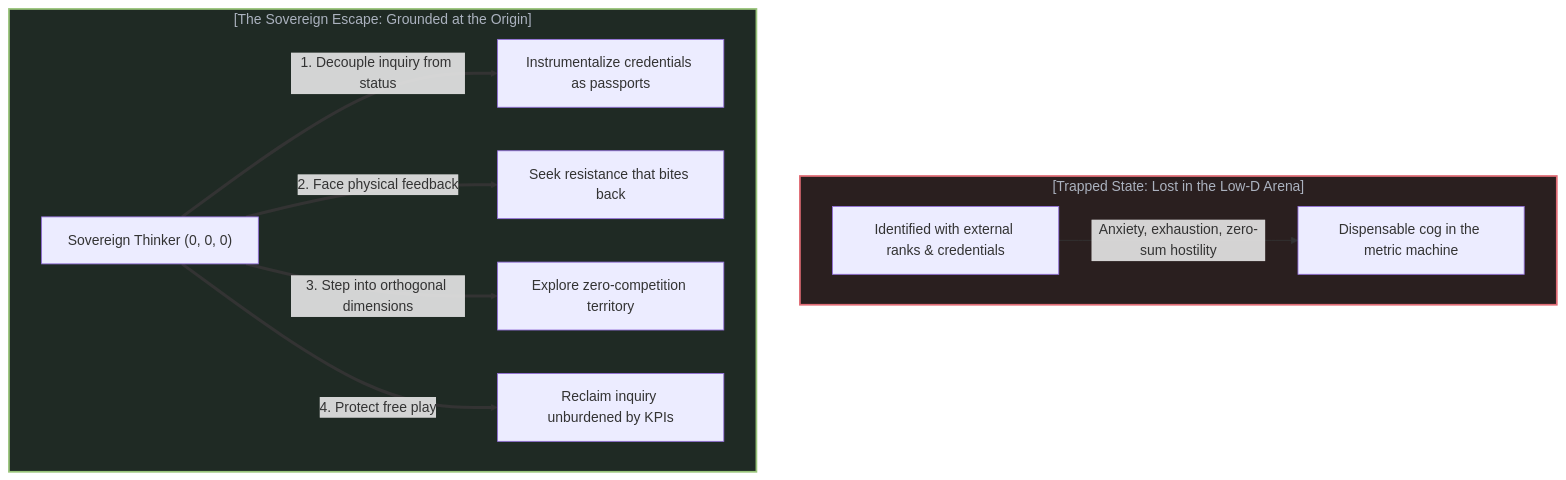
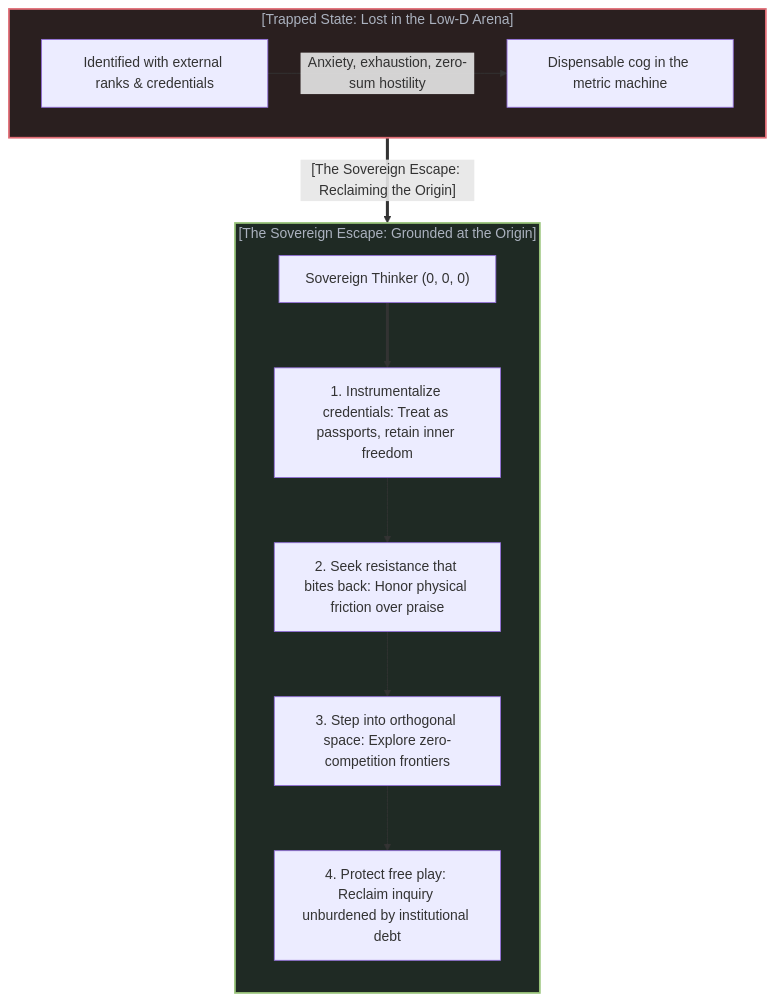
One commit to powerpig99/not-a-toe changed the tenth of 10 diagrams in content/posts/the-reversal-of-education-and-science.md. Above: the diagram before and after it, drawn with Mermaid. The commit also changed other lines of this file, not shown here.

Commit message:
Optimize diagram orientation and aspect ratios for Section 3 and Section 5 in Post 304

````diff
--- a/content/posts/the-reversal-of-education-and-science.md
+++ b/content/posts/the-reversal-of-education-and-science.md
@@ -430,18 +449,27 @@
 ```mermaid
 graph TD
     subgraph Trap["[Trapped State: Lost in the Low-D Arena]"]
         TrapMind["Identified with external ranks & credentials"]
         TrapMind -->|"Anxiety, exhaustion, zero-sum hostility"| Misery["Dispensable cog in the metric machine"]
     end
 
+    Trap ==>|"[The Sovereign Escape: Reclaiming the Origin]"| Sovereign
+
     subgraph Sovereign["[The Sovereign Escape: Grounded at the Origin]"]
+        direction TB
         SovereignMind["Sovereign Thinker (0, 0, 0)"]
-        SovereignMind ==>|"1. Decouple inquiry from status"| Step1["Instrumentalize credentials as passports"]
-        SovereignMind ==>|"2. Face physical feedback"| Step2["Seek resistance that bites back"]
-        SovereignMind ==>|"3. Step into orthogonal dimensions"| Step3["Explore zero-competition territory"]
-        SovereignMind ==>|"4. Protect free play"| Step4["Reclaim inquiry unburdened by KPIs"]
+        
+        Step1["1. Instrumentalize credentials: Treat as passports, retain inner freedom"]
+        Step2["2. Seek resistance that bites back: Honor physical friction over praise"]
+        Step3["3. Step into orthogonal space: Explore zero-competition frontiers"]
+        Step4["4. Protect free play: Reclaim inquiry unburdened by institutional debt"]
+
+        SovereignMind ==> Step1
+        Step1 --> Step2
+        Step2 --> Step3
+        Step3 --> Step4
     end
 
     style Trap fill:#2a1f1f,stroke:#e06c75,stroke-width:2px,color:#abb2bf
     style Sovereign fill:#1f2a24,stroke:#98c379,stroke-width:2px,color:#abb2bf
 ```
````
